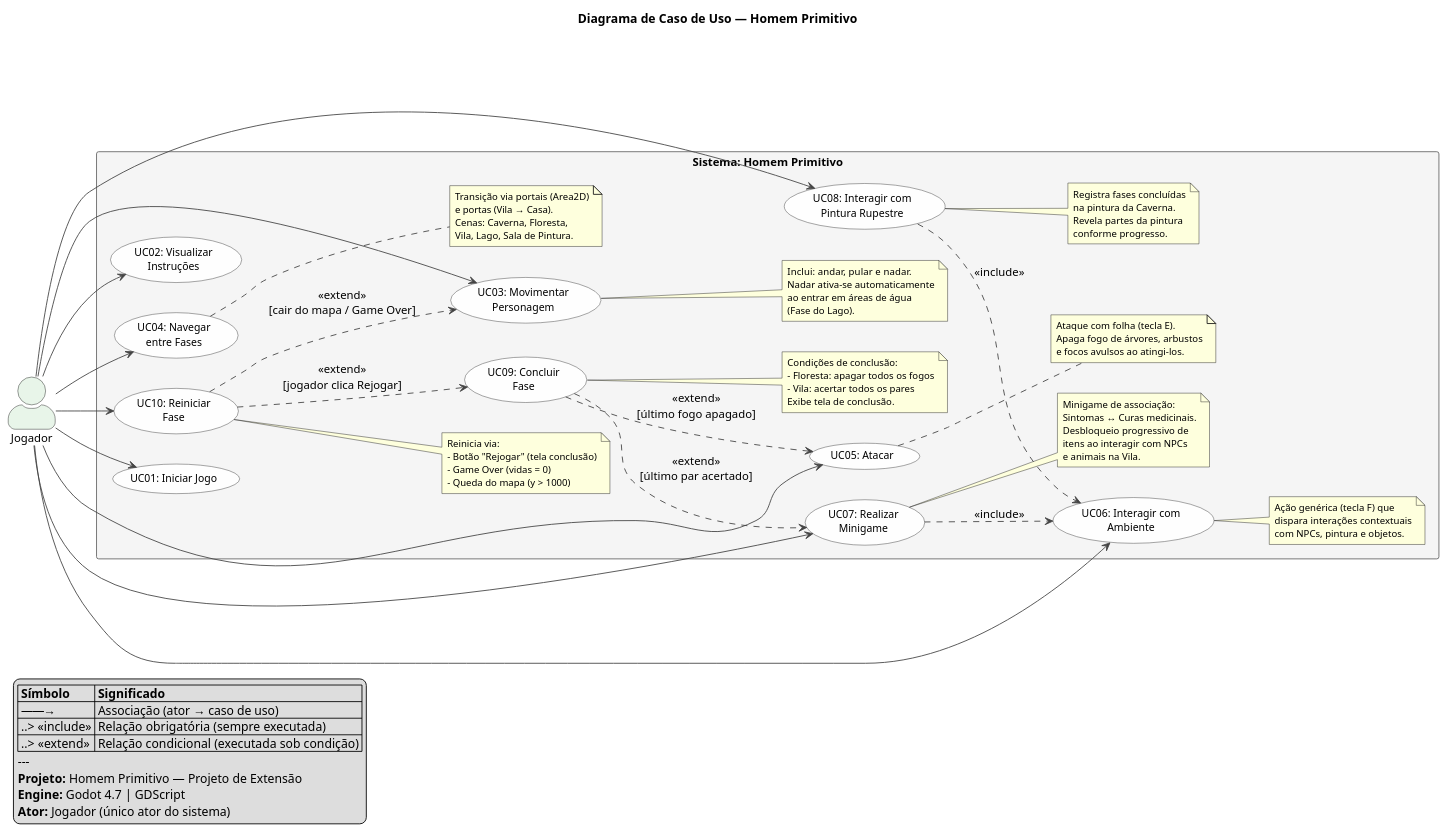
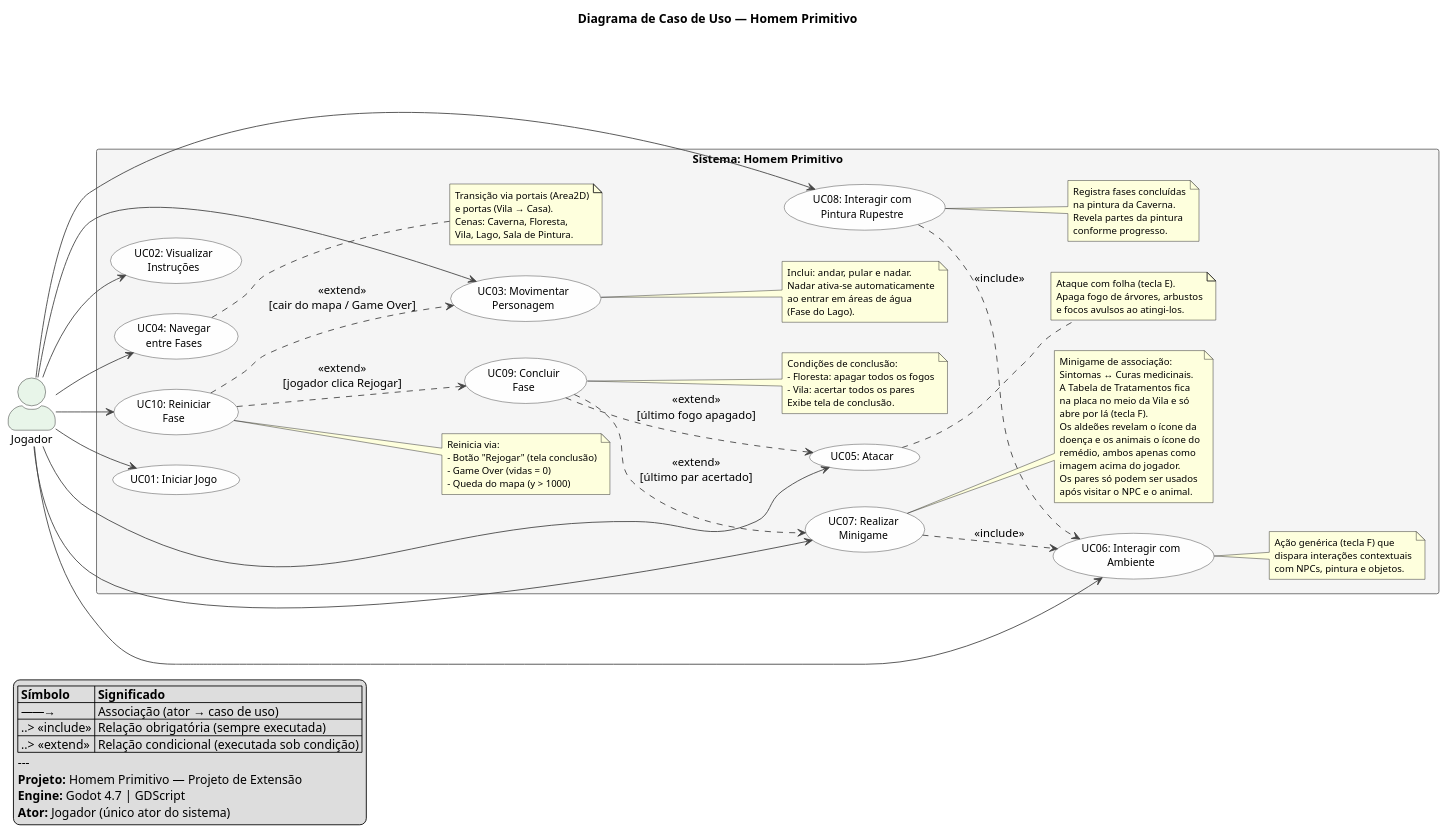
Before and after one commit to Juliocesar043/Homem-Primitivo: the diagram in docs/diagrama_caso_de_uso.puml, drawn with PlantUML. The commit also changed 35 other files, not shown here.

```diff
--- a/docs/diagrama_caso_de_uso.puml
+++ b/docs/diagrama_caso_de_uso.puml
@@ -1,150 +1,156 @@
 @startuml Diagrama_Caso_de_Uso_Homem_Primitivo
 ' ==============================================================================
 ' DIAGRAMA UML DE CASO DE USO — Homem Primitivo: Em Busca do Equilíbrio
 ' Projeto de Extensão Universitária | Godot 4.7
 ' ==============================================================================
 
 left to right direction
 skinparam actorStyle awesome
 skinparam packageStyle rectangle
 skinparam usecaseBackgroundColor #FEFEFE
 skinparam usecaseBorderColor #333333
 skinparam actorBackgroundColor #E8F5E9
 skinparam rectangleBackgroundColor #F5F5F5
 skinparam rectangleBorderColor #666666
 skinparam arrowColor #444444
 skinparam defaultFontSize 13
 skinparam usecaseFontSize 12
 skinparam noteFontSize 11
 
 title Diagrama de Caso de Uso — Homem Primitivo
 
 actor "Jogador" as Jogador
 
 rectangle "Sistema: Homem Primitivo" {
 
     ' =========================================================================
     ' CASOS DE USO — Menu e Navegação
     ' =========================================================================
     usecase "UC01: Iniciar Jogo" as UC01
     usecase "UC02: Visualizar\nInstruções" as UC02
 
     ' =========================================================================
     ' CASOS DE USO — Ações do Jogador em Jogo
     ' =========================================================================
     usecase "UC03: Movimentar\nPersonagem" as UC03
     note right of UC03
         Inclui: andar, pular e nadar.
         Nadar ativa-se automaticamente
         ao entrar em áreas de água
         (Fase do Lago).
     end note
 
     usecase "UC04: Navegar\nentre Fases" as UC04
     note right of UC04
         Transição via portais (Area2D)
         e portas (Vila → Casa).
         Cenas: Caverna, Floresta,
         Vila, Lago, Sala de Pintura.
     end note
 
     usecase "UC05: Atacar" as UC05
     note right of UC05
         Ataque com folha (tecla E).
         Apaga fogo de árvores, arbustos
         e focos avulsos ao atingi-los.
     end note
 
     usecase "UC06: Interagir com\nAmbiente" as UC06
     note right of UC06
         Ação genérica (tecla F) que
         dispara interações contextuais
         com NPCs, pintura e objetos.
     end note
 
     ' =========================================================================
     ' CASOS DE USO — Interações Específicas
     ' =========================================================================
     usecase "UC07: Realizar\nMinigame" as UC07
     note right of UC07
         Minigame de associação:
         Sintomas ↔ Curas medicinais.
-        Desbloqueio progressivo de
-        itens ao interagir com NPCs
-        e animais na Vila.
+        A Tabela de Tratamentos fica
+        na placa no meio da Vila e só
+        abre por lá (tecla F).
+        Os aldeões revelam o ícone da
+        doença e os animais o ícone do
+        remédio, ambos apenas como
+        imagem acima do jogador.
+        Os pares só podem ser usados
+        após visitar o NPC e o animal.
     end note
 
     usecase "UC08: Interagir com\nPintura Rupestre" as UC08
     note right of UC08
         Registra fases concluídas
         na pintura da Caverna.
         Revela partes da pintura
         conforme progresso.
     end note
 
     ' =========================================================================
     ' CASOS DE USO — Progresso e Ciclo de Jogo
     ' =========================================================================
     usecase "UC09: Concluir\nFase" as UC09
     note right of UC09
         Condições de conclusão:
         - Floresta: apagar todos os fogos
         - Vila: acertar todos os pares
         Exibe tela de conclusão.
     end note
 
     usecase "UC10: Reiniciar\nFase" as UC10
     note right of UC10
         Reinicia via:
         - Botão "Rejogar" (tela conclusão)
         - Game Over (vidas = 0)
         - Queda do mapa (y > 1000)
     end note
 }
 
 ' ==============================================================================
 ' ASSOCIAÇÕES DO ATOR
 ' ==============================================================================
 Jogador --> UC01
 Jogador --> UC02
 Jogador --> UC03
 Jogador --> UC04
 Jogador --> UC05
 Jogador --> UC06
 Jogador --> UC07
 Jogador --> UC08
 Jogador --> UC10
 
 ' ==============================================================================
 ' RELAÇÕES <<include>> (Obrigatórias)
 ' O caso BASE necessita SEMPRE do caso incluído para funcionar.
 ' A seta vai do caso base para o caso incluído.
 ' ==============================================================================
 UC07 ..> UC06 : <<include>>
 UC08 ..> UC06 : <<include>>
 
 ' ==============================================================================
 ' RELAÇÕES <<extend>> (Condicionais)
 ' O caso de EXTENSÃO estende o caso base SOMENTE sob uma condição.
 ' A seta vai do caso de extensão para o caso base (convenção UML).
 ' ==============================================================================
 UC09 ..> UC05 : <<extend>>\n[último fogo apagado]
 UC09 ..> UC07 : <<extend>>\n[último par acertado]
 UC10 ..> UC09 : <<extend>>\n[jogador clica Rejogar]
 UC10 ..> UC03 : <<extend>>\n[cair do mapa / Game Over]
 
 ' ==============================================================================
 ' LEGENDA
 ' ==============================================================================
 legend bottom left
     |= Símbolo |= Significado |
     | ——→ | Associação (ator → caso de uso) |
     | ..> <<include>> | Relação obrigatória (sempre executada) |
     | ..> <<extend>> | Relação condicional (executada sob condição) |
     ---
     **Projeto:** Homem Primitivo — Projeto de Extensão
     **Engine:** Godot 4.7 | GDScript
     **Ator:** Jogador (único ator do sistema)
 end legend
 
 @enduml
```
